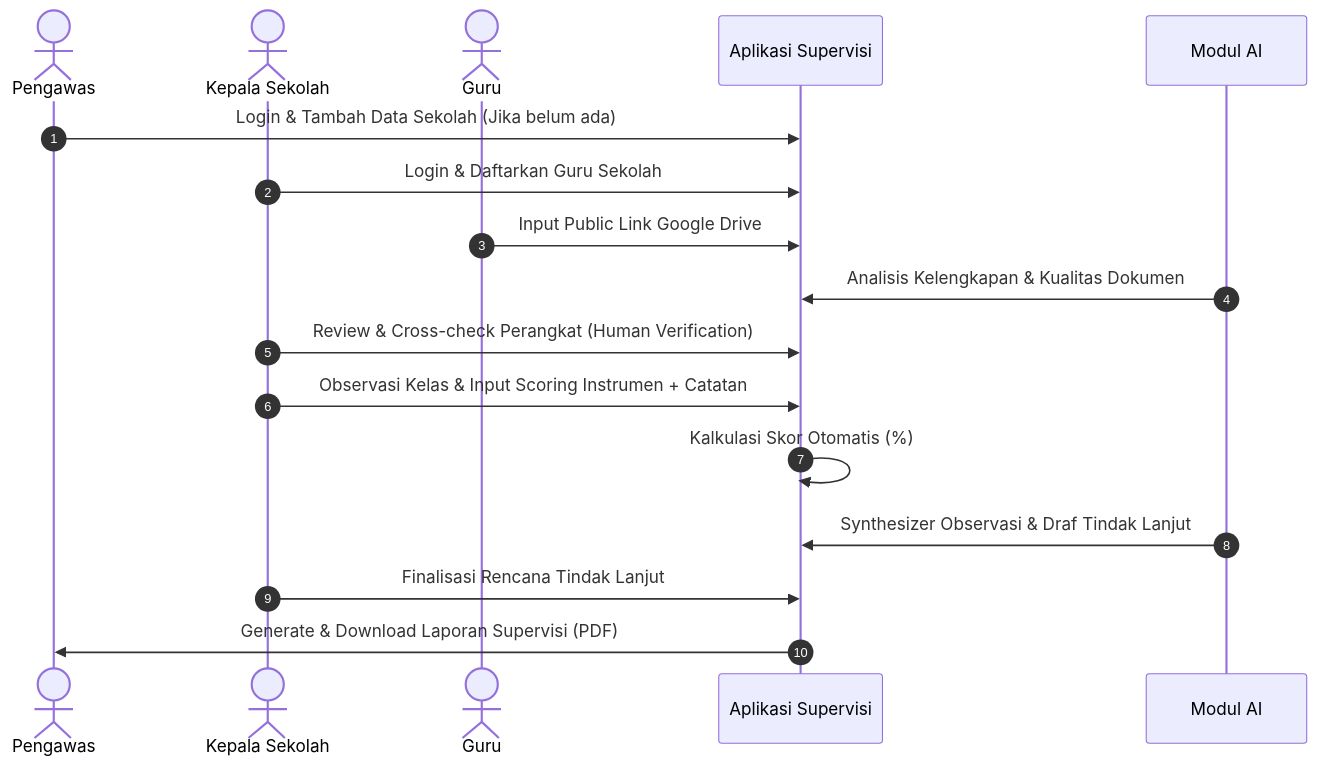
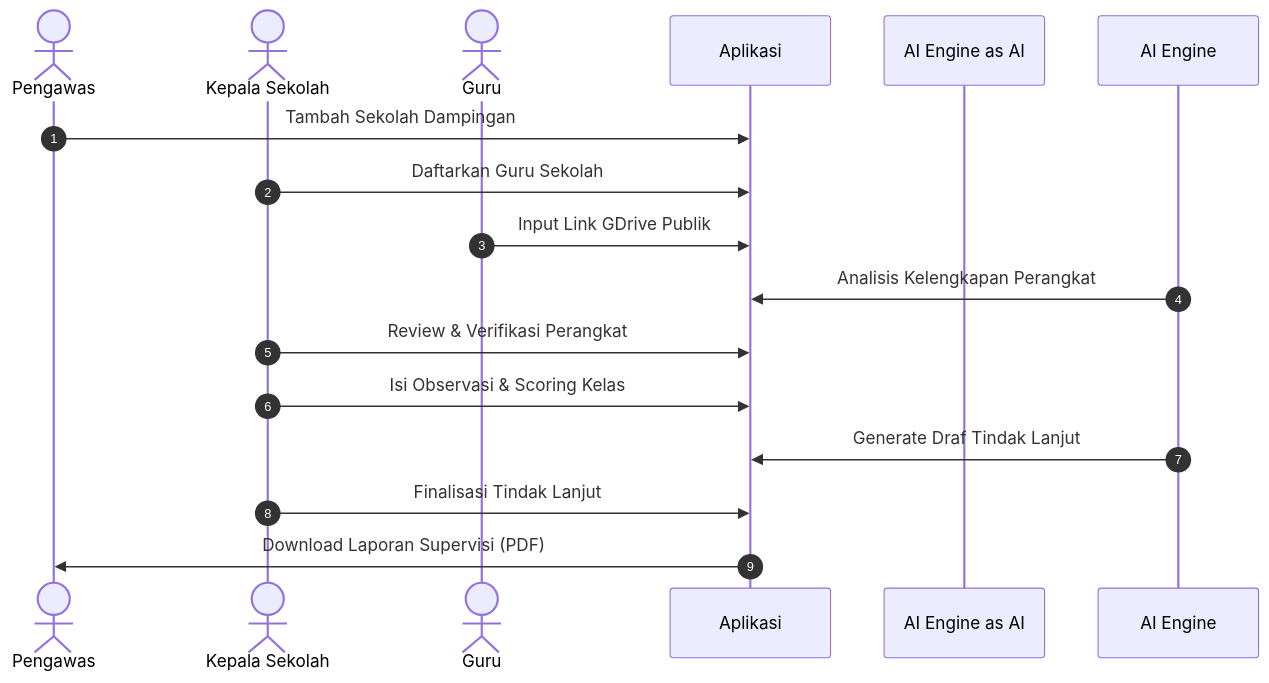
Before and after one commit to Hnzsama/supervisi_sekolah: the second of 2 diagrams in docs/01-product-overview.md, drawn with Mermaid. The commit also changed 2 other files, not shown here.

Commit message:
Enlarge Mermaid diagrams and improve SVG rendering scale

````diff
--- a/docs/01-product-overview.md
+++ b/docs/01-product-overview.md
@@ -47,20 +47,19 @@
 ```mermaid
 sequenceDiagram
     autonumber
-    actor P as Pengawas
-    actor K as Kepala Sekolah
-    actor G as Guru
-    participant APP as Aplikasi Supervisi
-    participant AI as Modul AI
+    actor Pengawas
+    actor Kepsek as Kepala Sekolah
+    actor Guru
+    participant App as Aplikasi
+    participant AI Engine as AI
 
-    P->>APP: Login & Tambah Data Sekolah (Jika belum ada)
-    K->>APP: Login & Daftarkan Guru Sekolah
-    G->>APP: Input Public Link Google Drive
-    AI->>APP: Analisis Kelengkapan & Kualitas Dokumen
-    K->>APP: Review & Cross-check Perangkat (Human Verification)
-    K->>APP: Observasi Kelas & Input Scoring Instrumen + Catatan
-    APP->>APP: Kalkulasi Skor Otomatis (%)
-    AI->>APP: Synthesizer Observasi & Draf Tindak Lanjut
-    K->>APP: Finalisasi Rencana Tindak Lanjut
-    APP->>P: Generate & Download Laporan Supervisi (PDF)
+    Pengawas->>App: Tambah Sekolah Dampingan
+    Kepsek->>App: Daftarkan Guru Sekolah
+    Guru->>App: Input Link GDrive Publik
+    AI Engine->>App: Analisis Kelengkapan Perangkat
+    Kepsek->>App: Review & Verifikasi Perangkat
+    Kepsek->>App: Isi Observasi & Scoring Kelas
+    AI Engine->>App: Generate Draf Tindak Lanjut
+    Kepsek->>App: Finalisasi Tindak Lanjut
+    App->>Pengawas: Download Laporan Supervisi (PDF)
 ```
````
